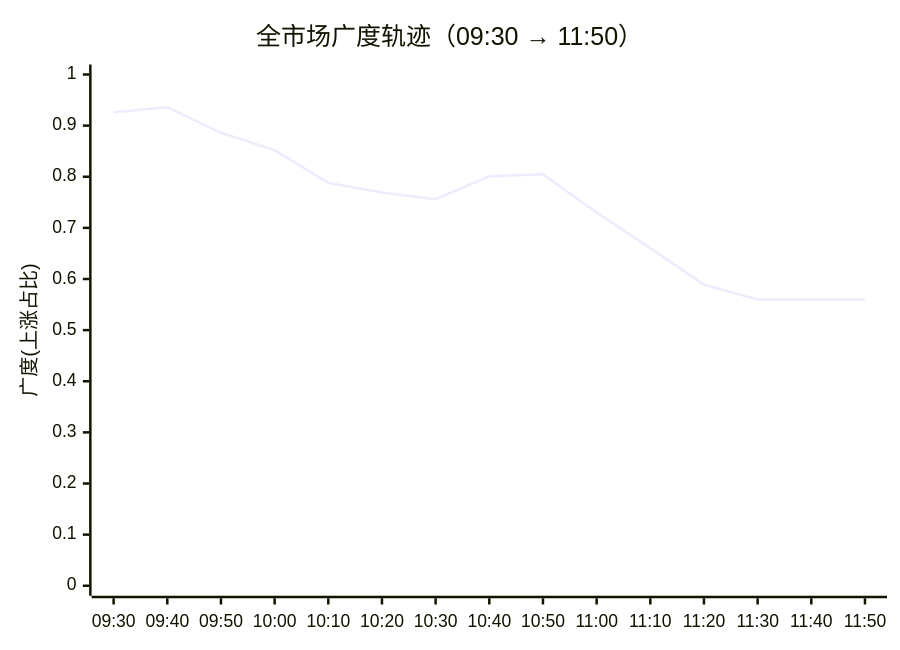
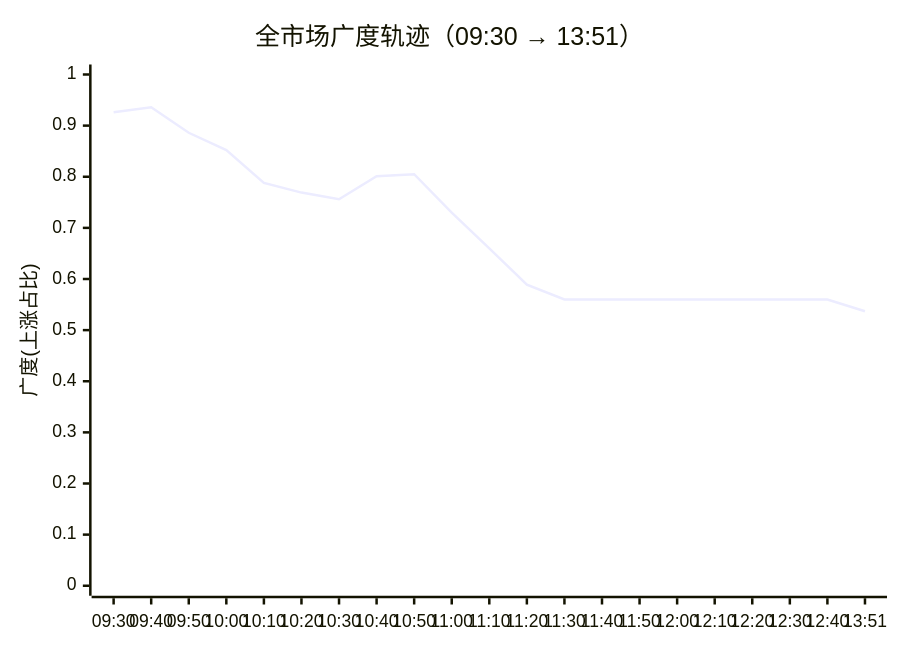
One commit to chenyang1999/chzl-kg changed the third of 26 diagrams in content/投研交易/盘中分析/20261124.md. Above: the diagram before and after it, drawn with Mermaid. The commit also changed other lines of this file and 1 other file, not shown here.

````diff
--- a/content/投研交易/盘中分析/20261124.md
+++ b/content/投研交易/盘中分析/20261124.md
@@ -172,7 +178,7 @@
 ```mermaid
 xychart-beta
-    title "全市场广度轨迹（09:30 → 11:50）"
-    x-axis ["09:30", "09:40", "09:50", "10:00", "10:10", "10:20", "10:30", "10:40", "10:50", "11:00", "11:10", "11:20", "11:30", "11:40", "11:50"]
+    title "全市场广度轨迹（09:30 → 13:51）"
+    x-axis ["09:30", "09:40", "09:50", "10:00", "10:10", "10:20", "10:30", "10:40", "10:50", "11:00", "11:10", "11:20", "11:30", "11:40", "11:50", "12:00", "12:10", "12:20", "12:30", "12:40", "13:51"]
     y-axis "广度(上涨占比)" 0 --> 1
-    line [0.926, 0.936, 0.886, 0.852, 0.788, 0.769, 0.756, 0.801, 0.805, 0.73, 0.66, 0.589, 0.56, 0.56, 0.56]
+    line [0.926, 0.936, 0.886, 0.852, 0.788, 0.769, 0.756, 0.801, 0.805, 0.73, 0.66, 0.589, 0.56, 0.56, 0.56, 0.56, 0.56, 0.56, 0.56, 0.56, 0.537]
 ```
````
